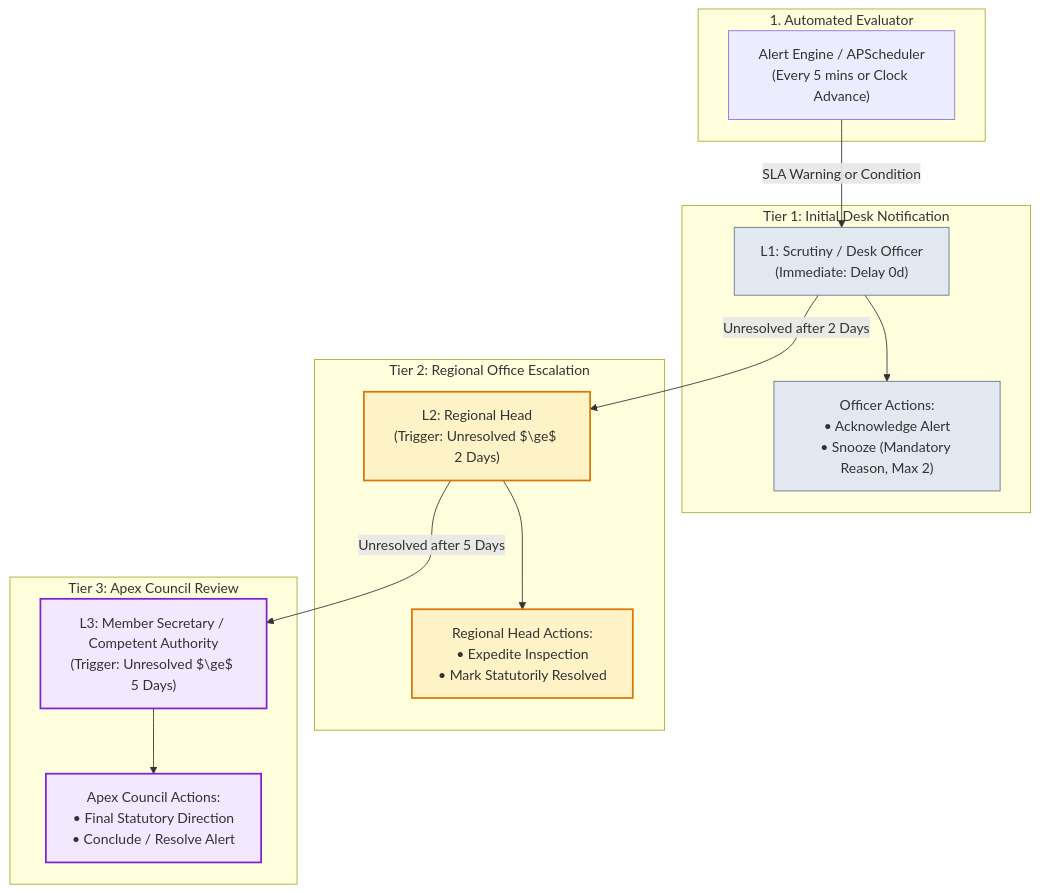
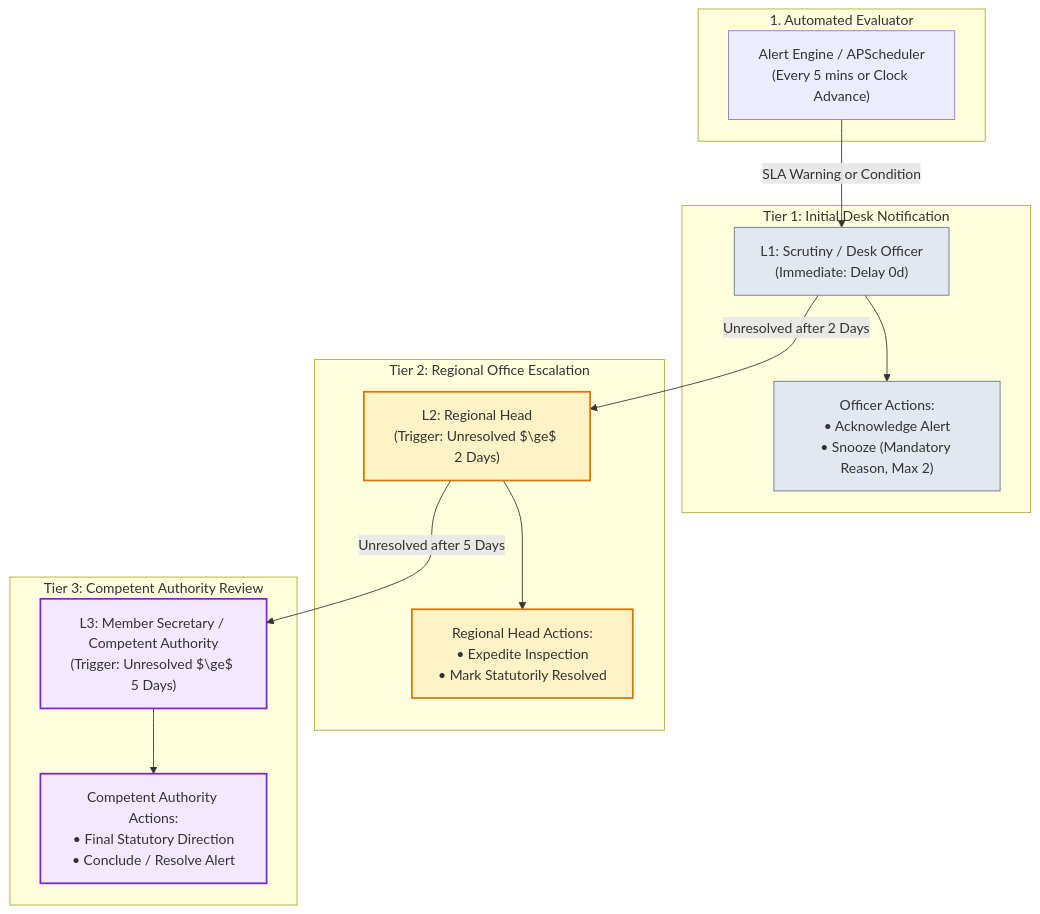
The diagram in docs/11_phase4_alerts_report.md (subramanyam-11/SIH-New-PS), drawn with Mermaid before and after one commit. The commit also changed other lines of this file and 100 other files, not shown here.

````diff
--- a/docs/11_phase4_alerts_report.md
+++ b/docs/11_phase4_alerts_report.md
@@ -48,35 +48,35 @@
 ```mermaid
 flowchart TD
     subgraph Trigger["1. Automated Evaluator"]
         Watchers["Alert Engine / APScheduler<br/>(Every 5 mins or Clock Advance)"]
     end
 
     subgraph Level1["Tier 1: Initial Desk Notification"]
         L1["L1: Scrutiny / Desk Officer<br/>(Immediate: Delay 0d)"]
         L1_Action["Officer Actions:<br/>• Acknowledge Alert<br/>• Snooze (Mandatory Reason, Max 2)"]
     end
 
     subgraph Level2["Tier 2: Regional Office Escalation"]
         L2["L2: Regional Head<br/>(Trigger: Unresolved $\ge$ 2 Days)"]
         L2_Action["Regional Head Actions:<br/>• Expedite Inspection<br/>• Mark Statutorily Resolved"]
     end
 
-    subgraph Level3["Tier 3: Apex Council Review"]
+    subgraph Level3["Tier 3: Competent Authority Review"]
         L3["L3: Member Secretary / Competent Authority<br/>(Trigger: Unresolved $\ge$ 5 Days)"]
-        L3_Action["Apex Council Actions:<br/>• Final Statutory Direction<br/>• Conclude / Resolve Alert"]
+        L3_Action["Competent Authority Actions:<br/>• Final Statutory Direction<br/>• Conclude / Resolve Alert"]
     end
 
     Watchers -->|SLA Warning or Condition| L1
     L1 --> L1_Action
     L1 -->|Unresolved after 2 Days| L2
     L2 --> L2_Action
     L2 -->|Unresolved after 5 Days| L3
     L3 --> L3_Action
 
     classDef l1 fill:#e2e8f0,stroke:#64748b,stroke-width:1px;
     classDef l2 fill:#fef3c7,stroke:#d97706,stroke-width:2px;
     classDef l3 fill:#f3e8ff,stroke:#7e22ce,stroke-width:2px;
     class L1,L1_Action l1;
     class L2,L2_Action l2;
     class L3,L3_Action l3;
 ```
````
